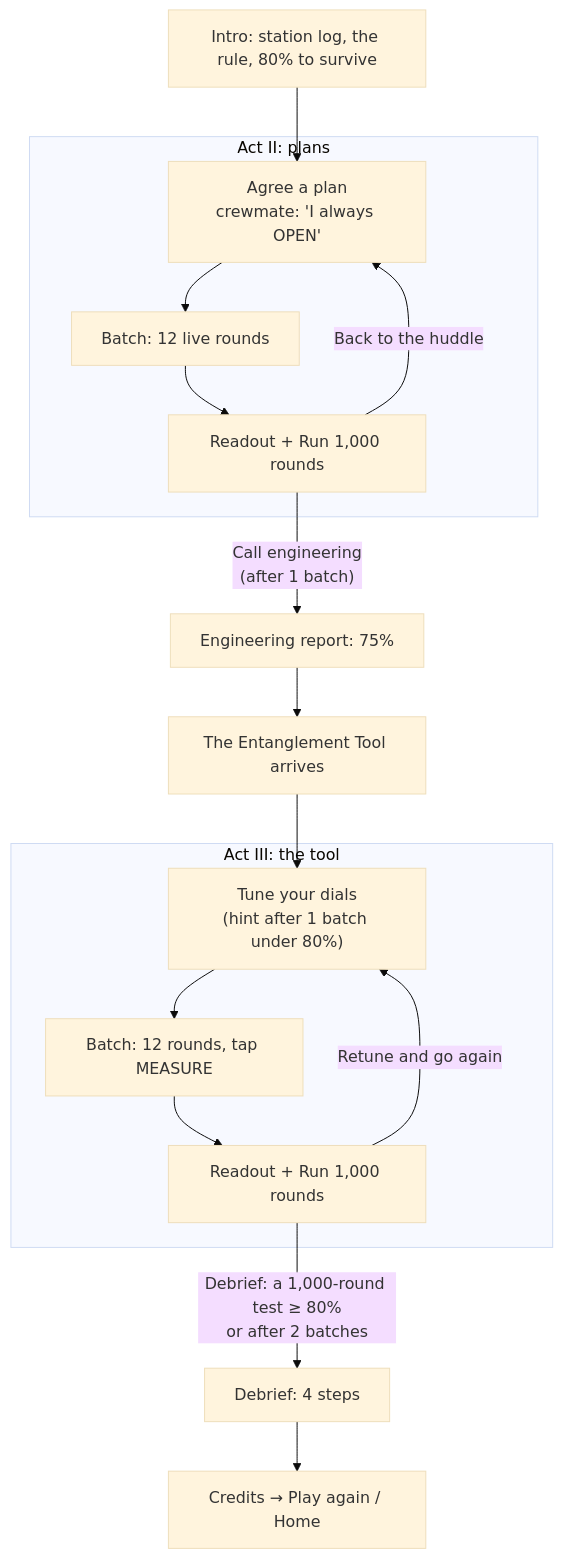
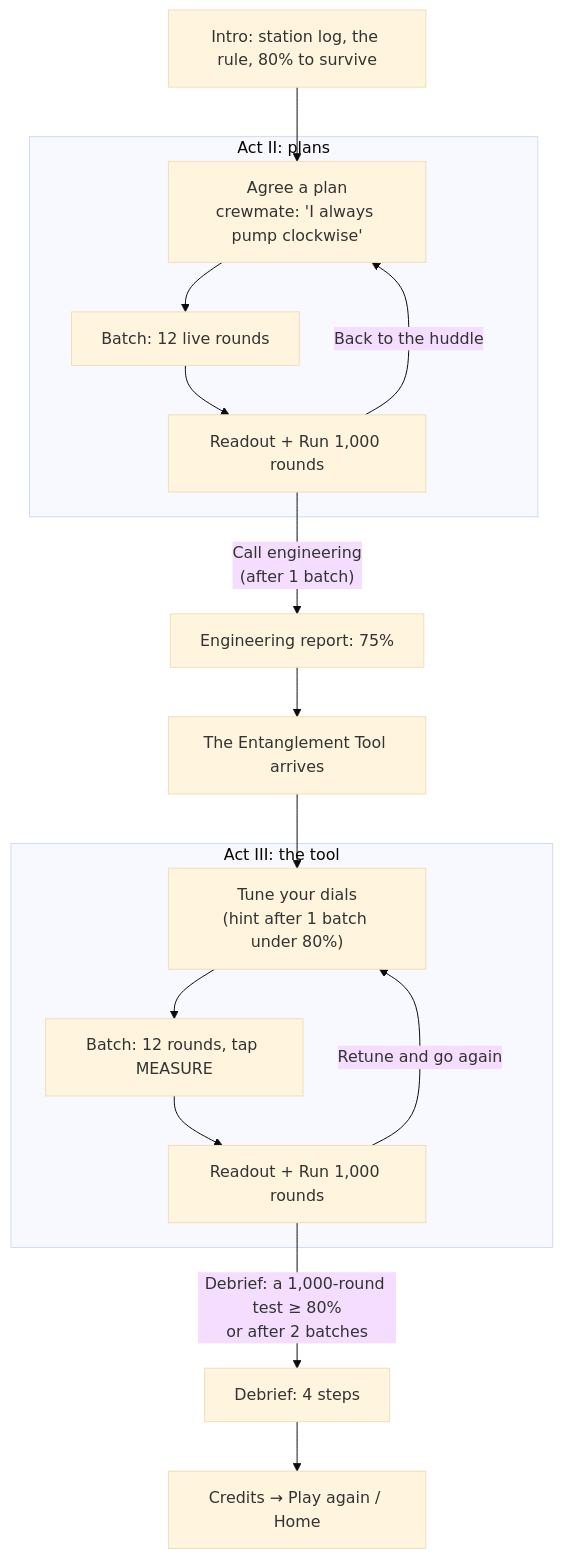
One commit to PlayableStories/quantum-crew changed the diagram in README.md. Above: the diagram before and after it, drawn with Mermaid (base theme). The commit also changed other lines of this file and 23 other files, not shown here.

````diff
--- a/README.md
+++ b/README.md
@@ -26,19 +38,19 @@
 ```mermaid
 flowchart TD
   intro["Intro: station log, the rule, 80% to survive"] --> plan
   subgraph act2 ["Act II: plans"]
-    plan["Agree a plan<br/>crewmate: 'I always OPEN'"] --> batch2["Batch: 12 live rounds"]
+    plan["Agree a plan<br/>crewmate: 'I always pump clockwise'"] --> batch2["Batch: 12 live rounds"]
     batch2 --> read2["Readout + Run 1,000 rounds"]
     read2 -- "Back to the huddle" --> plan
   end
   read2 -- "Call engineering<br/>(after 1 batch)" --> ceiling["Engineering report: 75%"]
   ceiling --> tool["The Entanglement Tool arrives"]
   tool --> tune
   subgraph act3 ["Act III: the tool"]
     tune["Tune your dials<br/>(hint after 1 batch under 80%)"] --> batch3["Batch: 12 rounds, tap MEASURE"]
     batch3 --> read3["Readout + Run 1,000 rounds"]
     read3 -- "Retune and go again" --> tune
   end
   read3 -- "Debrief: a 1,000-round test ≥ 80%<br/>or after 2 batches" --> debrief["Debrief: 4 steps"]
   debrief --> credits["Credits → Play again / Home"]
 ```
````
